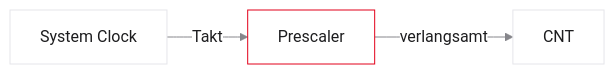
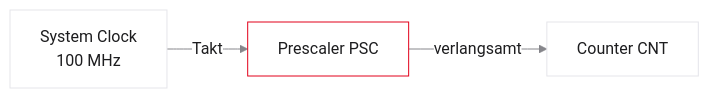
The fifth of 7 diagrams in vorlesungen/04_aktorik_sicherheit.qmd (dantschi/mct3), drawn with Mermaid before and after one commit. The commit also changed other lines of this file and 2 other files, not shown here.

````diff
--- a/vorlesungen/04_aktorik_sicherheit.qmd
+++ b/vorlesungen/04_aktorik_sicherheit.qmd
@@ -191,8 +212,8 @@
 ```{mermaid}
-%%| fig-width: 3.6
+%%| fig-width: 4.0
 %%{init: {'theme': 'base', 'themeVariables': {'background': '#FFFFFF', 'primaryColor': '#FFFFFF', 'primaryBorderColor': '#E5E5EA', 'primaryTextColor': '#1D1D1F', 'lineColor': '#86868B', 'secondaryColor': '#F5F5F7', 'tertiaryColor': '#FFFFFF', 'mainBkg': '#FFFFFF', 'nodeBorder': '#E5E5EA', 'clusterBkg': '#F5F5F7', 'clusterBorder': '#E5E5EA', 'titleColor': '#1D1D1F', 'edgeLabelBackground': '#FFFFFF'}}}%%
 flowchart LR
-  A[System Clock] -->|Takt| B[Prescaler]
-  B -->|verlangsamt| C[CNT]
+  A[System Clock\n100 MHz] -->|Takt| B[Prescaler PSC]
+  B -->|verlangsamt| C[Counter CNT]
   style B fill:#FFFFFF,stroke:#E2001A,stroke-width:2px !important
 ```
````
